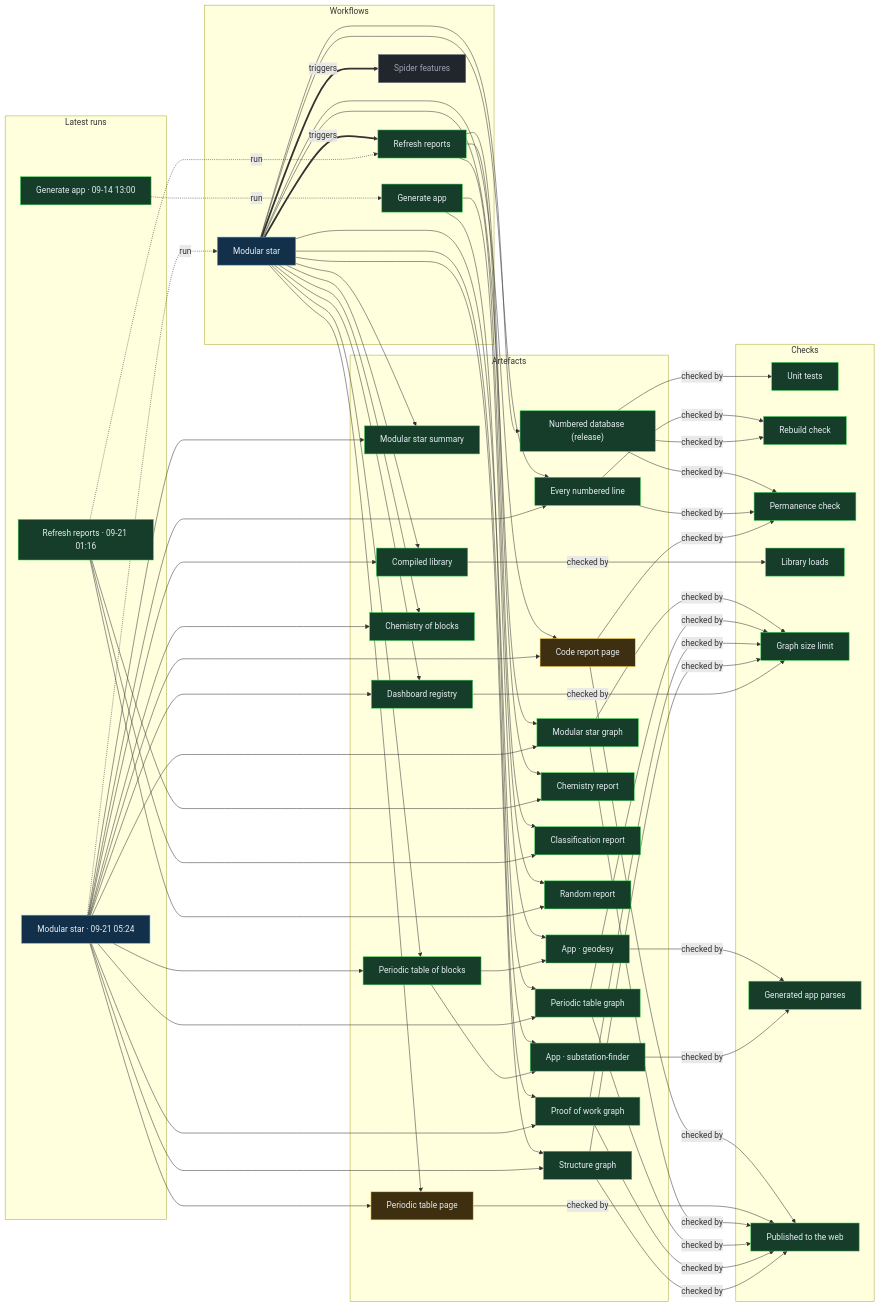
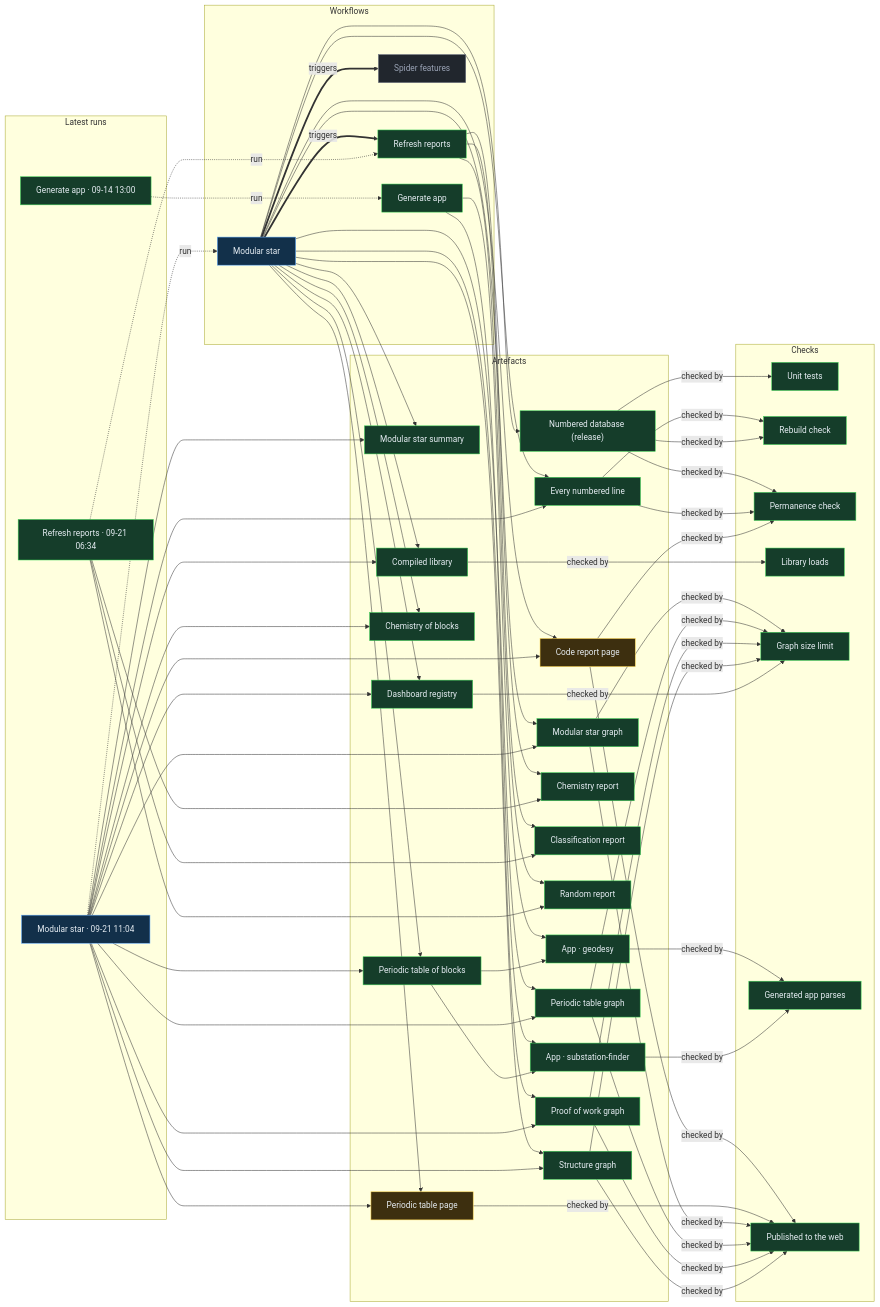
The diagram in proof/PROOF.md (Ventusltd/stars), drawn with Mermaid before and after one commit. The commit also changed other lines of this file and 114 other files, not shown here.

Commit message:
Modular star 2026-09-21T11:06Z

```diff
--- a/proof/PROOF.md
+++ b/proof/PROOF.md
@@ -24,8 +24,8 @@
   n_wf_spider_features["Spider features"]:::off
   end
   subgraph g_runs["Latest runs"]
-  n_run_35564450057["Modular star · 09-21 05:24"]:::live
-  n_run_35550362406["Refresh reports · 09-21 01:16"]:::ok
+  n_run_35592059434["Modular star · 09-21 11:04"]:::live
+  n_run_35569099929["Refresh reports · 09-21 06:34"]:::ok
   n_run_34846587798["Generate app · 09-14 13:00"]:::ok
   end
   subgraph g_artefacts["Artefacts"]
@@ -59,39 +59,39 @@
   end
   n_wf_modular_star == triggers ==> n_wf_refresh
   n_wf_modular_star == triggers ==> n_wf_spider_features
-  n_run_35564450057 -. run .-> n_wf_modular_star
-  n_run_35550362406 -. run .-> n_wf_refresh
+  n_run_35592059434 -. run .-> n_wf_modular_star
+  n_run_35569099929 -. run .-> n_wf_refresh
   n_run_34846587798 -. run .-> n_wf_generate
   n_wf_modular_star --> n_art_summary
-  n_run_35564450057 --> n_art_summary
+  n_run_35592059434 --> n_art_summary
   n_wf_modular_star --> n_art_lines
-  n_run_35564450057 --> n_art_lines
+  n_run_35592059434 --> n_art_lines
   n_wf_modular_star --> n_art_code
-  n_run_35564450057 --> n_art_code
+  n_run_35592059434 --> n_art_code
   n_wf_modular_star --> n_art_modular_graph
-  n_run_35564450057 --> n_art_modular_graph
+  n_run_35592059434 --> n_art_modular_graph
   n_wf_modular_star --> n_art_blocks
-  n_run_35564450057 --> n_art_blocks
+  n_run_35592059434 --> n_art_blocks
   n_wf_modular_star --> n_art_table
-  n_run_35564450057 --> n_art_table
+  n_run_35592059434 --> n_art_table
   n_wf_modular_star --> n_art_blocks_graph
-  n_run_35564450057 --> n_art_blocks_graph
+  n_run_35592059434 --> n_art_blocks_graph
   n_wf_modular_star --> n_art_reactions
-  n_run_35564450057 --> n_art_reactions
+  n_run_35592059434 --> n_art_reactions
   n_wf_modular_star --> n_art_library
-  n_run_35564450057 --> n_art_library
+  n_run_35592059434 --> n_art_library
   n_wf_modular_star --> n_art_features
-  n_run_35564450057 --> n_art_features
+  n_run_35592059434 --> n_art_features
   n_wf_modular_star --> n_art_proof
-  n_run_35564450057 --> n_art_proof
+  n_run_35592059434 --> n_art_proof
   n_wf_modular_star --> n_art_structure
-  n_run_35564450057 --> n_art_structure
+  n_run_35592059434 --> n_art_structure
   n_wf_refresh --> n_art_chemistry
-  n_run_35550362406 --> n_art_chemistry
+  n_run_35569099929 --> n_art_chemistry
   n_wf_refresh --> n_art_vedic
-  n_run_35550362406 --> n_art_vedic
+  n_run_35569099929 --> n_art_vedic
   n_wf_refresh --> n_art_random
-  n_run_35550362406 --> n_art_random
+  n_run_35569099929 --> n_art_random
   n_wf_modular_star --> n_art_release
   n_wf_generate --> n_app_geodesy
   n_art_blocks --> n_app_geodesy
```
